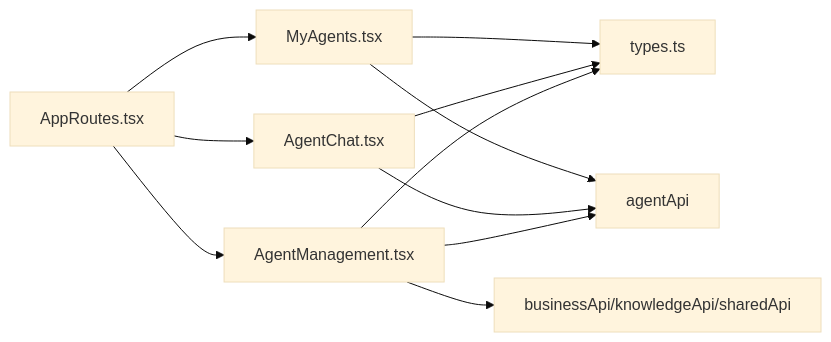
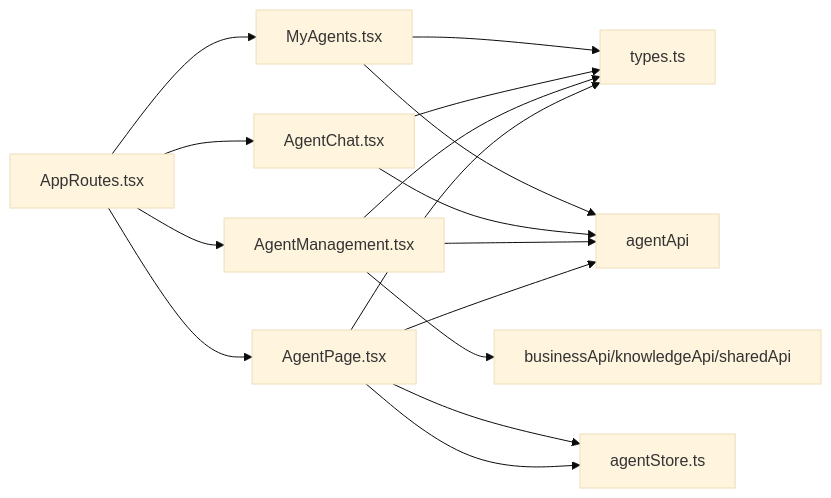
One commit to inier/ontology-graphiti changed the ninth of 9 diagrams in .qoder/repowiki/zh/content/前端架构/业务模块前端实现/Agent模块.md. Above: the diagram before and after it, drawn with Mermaid (base theme). The commit also changed other lines of this file and 64 other files, not shown here.

````diff
--- a/.qoder/repowiki/zh/content/前端架构/业务模块前端实现/Agent模块.md
+++ b/.qoder/repowiki/zh/content/前端架构/业务模块前端实现/Agent模块.md
@@ -280,13 +381,18 @@
 ```mermaid
 graph LR
 AR["AppRoutes.tsx"] --> MA["MyAgents.tsx"]
 AR --> AC["AgentChat.tsx"]
 AR --> AM["AgentManagement.tsx"]
+AR --> AP["AgentPage.tsx"]
 MA --> T["types.ts"]
 AC --> T
 AM --> T
+AP --> T
+AP --> ST["agentStore.ts"]
 MA --> API["agentApi"]
 AC --> API
 AM --> API
 AM --> BAPI["businessApi/knowledgeApi/sharedApi"]
+AP --> API
+AP --> ST
 ```
````
